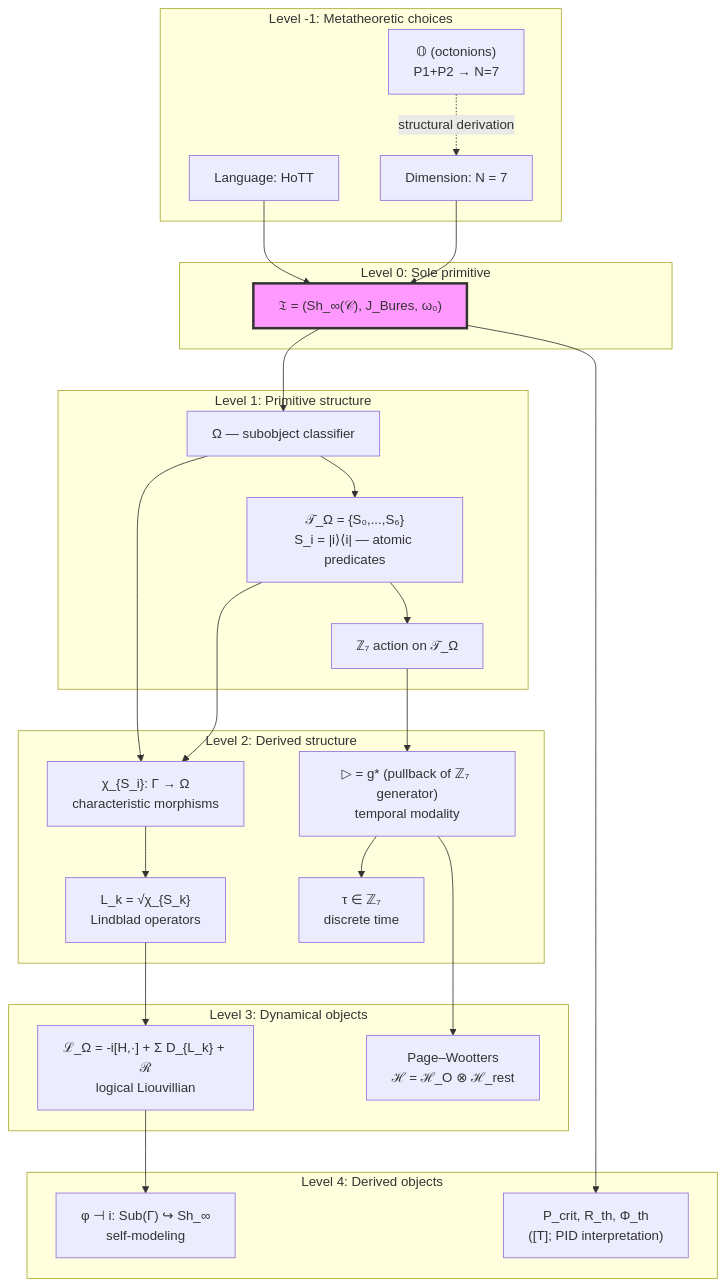
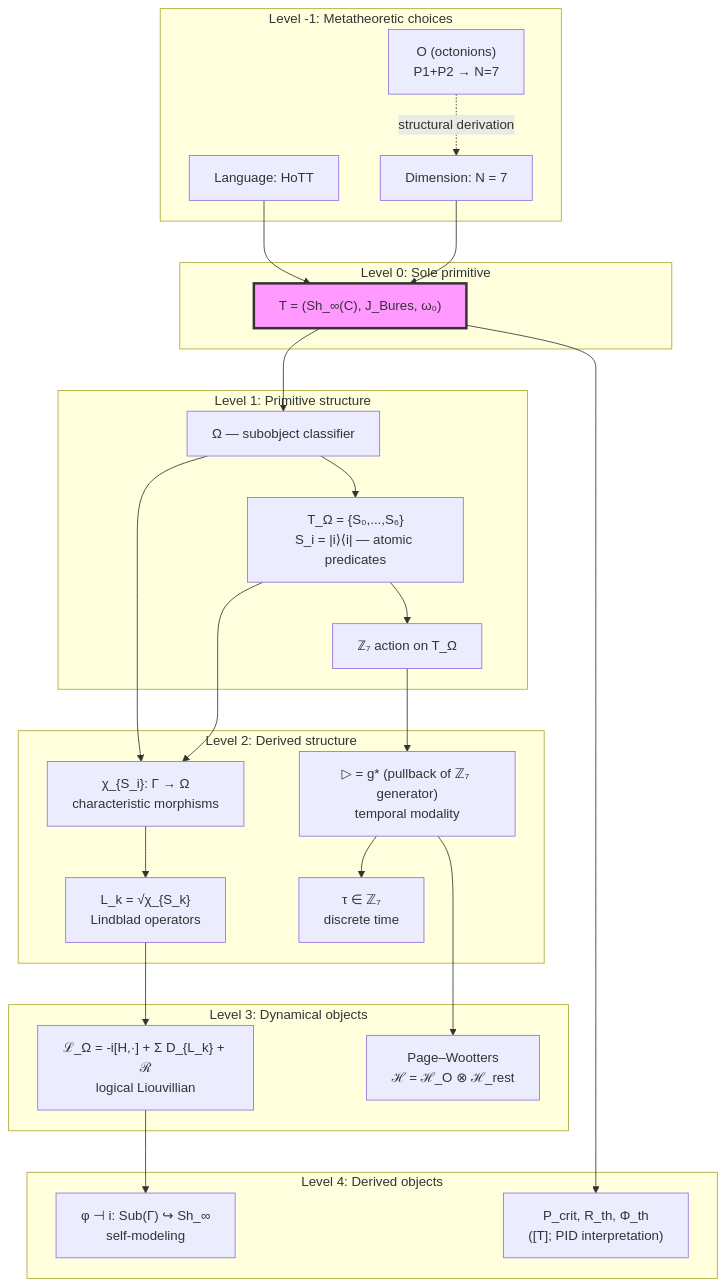
One commit to uhm-theory/holon changed the first of 2 diagrams in website/docs/core/foundations/axiom-omega.md. Above: the diagram before and after it, drawn with Mermaid. The commit also changed other lines of this file and 80 other files, not shown here.

````diff
--- a/website/docs/core/foundations/axiom-omega.md
+++ b/website/docs/core/foundations/axiom-omega.md
@@ -957,53 +957,53 @@
 ```mermaid
 graph TD
     subgraph "Level -1: Metatheoretic choices"
         Lang["Language: HoTT"]
         Dim["Dimension: N = 7"]
-        Oct["𝕆 (octonions)<br/>P1+P2 → N=7"]
+        Oct["O (octonions)<br/>P1+P2 → N=7"]
     end
 
     subgraph "Level 0: Sole primitive"
-        Primitive["𝔗 = (Sh_∞(𝒞), J_Bures, ω₀)"]
+        Primitive["T = (Sh_∞(C), J_Bures, ω₀)"]
     end
 
     subgraph "Level 1: Primitive structure"
         Omega["Ω — subobject classifier"]
-        Atoms["𝒯_Ω = {S₀,...,S₆}<br/>S_i = |i⟩⟨i| — atomic predicates"]
-        Z7["ℤ₇ action on 𝒯_Ω"]
+        Atoms["T_Ω = {S₀,...,S₆}<br/>S_i = |i⟩⟨i| — atomic predicates"]
+        Z7["ℤ₇ action on T_Ω"]
     end
 
     subgraph "Level 2: Derived structure"
         Chi["χ_{S_i}: Γ → Ω<br/>characteristic morphisms"]
         Lk["L_k = √χ_{S_k}<br/>Lindblad operators"]
         Modal["▷ = g* (pullback of ℤ₇ generator)<br/>temporal modality"]
         Tau["τ ∈ ℤ₇<br/>discrete time"]
     end
 
     subgraph "Level 3: Dynamical objects"
         LOmega["ℒ_Ω = -i[H,·] + Σ D_{L_k} + ℛ<br/>logical Liouvillian"]
         PW["Page–Wootters<br/>ℋ = ℋ_O ⊗ ℋ_rest"]
     end
 
     subgraph "Level 4: Derived objects"
         Phi["φ ⊣ i: Sub(Γ) ↪ Sh_∞<br/>self-modeling"]
         Thresholds["P_crit, R_th, Φ_th<br/>([T]; PID interpretation)"]
     end
 
     Lang --> Primitive
     Dim --> Primitive
     Oct -.->|"structural derivation"| Dim
     Primitive --> Omega
     Omega --> Atoms
     Atoms --> Z7
     Omega --> Chi
     Atoms --> Chi
     Z7 --> Modal
     Chi --> Lk
     Modal --> Tau
     Lk --> LOmega
     Modal --> PW
     LOmega --> Phi
     Primitive --> Thresholds
 
     style Primitive fill:#f9f,stroke:#333,stroke-width:3px
 ```
````
